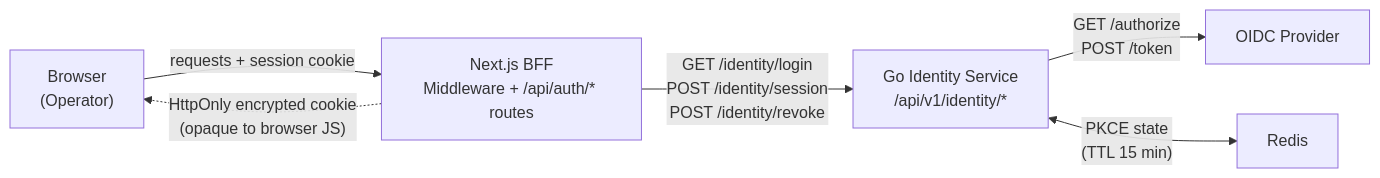
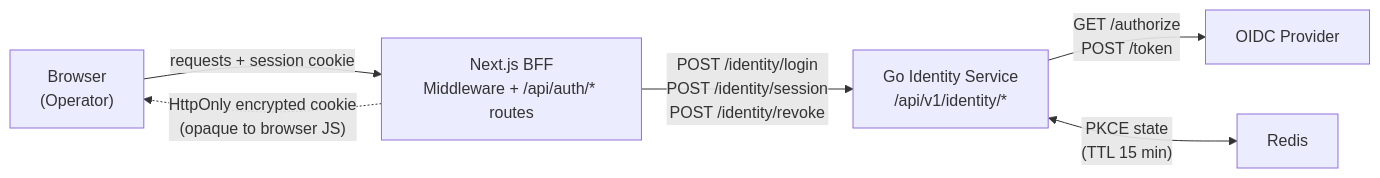
The first of 2 diagrams in docs/prd/browser-auth-flow.md (runkora/kora), drawn with Mermaid before and after one commit. The commit also changed other lines of this file, not shown here.

Commit message:
docs(prd): update browser auth flow to use POST /identity/login endpoint

````diff
--- a/docs/prd/browser-auth-flow.md
+++ b/docs/prd/browser-auth-flow.md
@@ -165,14 +165,14 @@
 ```mermaid
 graph LR
     Browser["Browser\n(Operator)"]
     BFF["Next.js BFF\nMiddleware + /api/auth/* routes"]
     Backend["Go Identity Service\n/api/v1/identity/*"]
     OIDC["OIDC Provider"]
     Redis["Redis"]
 
     Browser -->|"requests + session cookie"| BFF
-    BFF -->|"GET /identity/login\nPOST /identity/session\nPOST /identity/revoke"| Backend
+    BFF -->|"POST /identity/login\nPOST /identity/session\nPOST /identity/revoke"| Backend
     Backend -->|"GET /authorize\nPOST /token"| OIDC
     Backend <-->|"PKCE state\n(TTL 15 min)"| Redis
     BFF -.->|"HttpOnly encrypted cookie\n(opaque to browser JS)"| Browser
 ```
````
